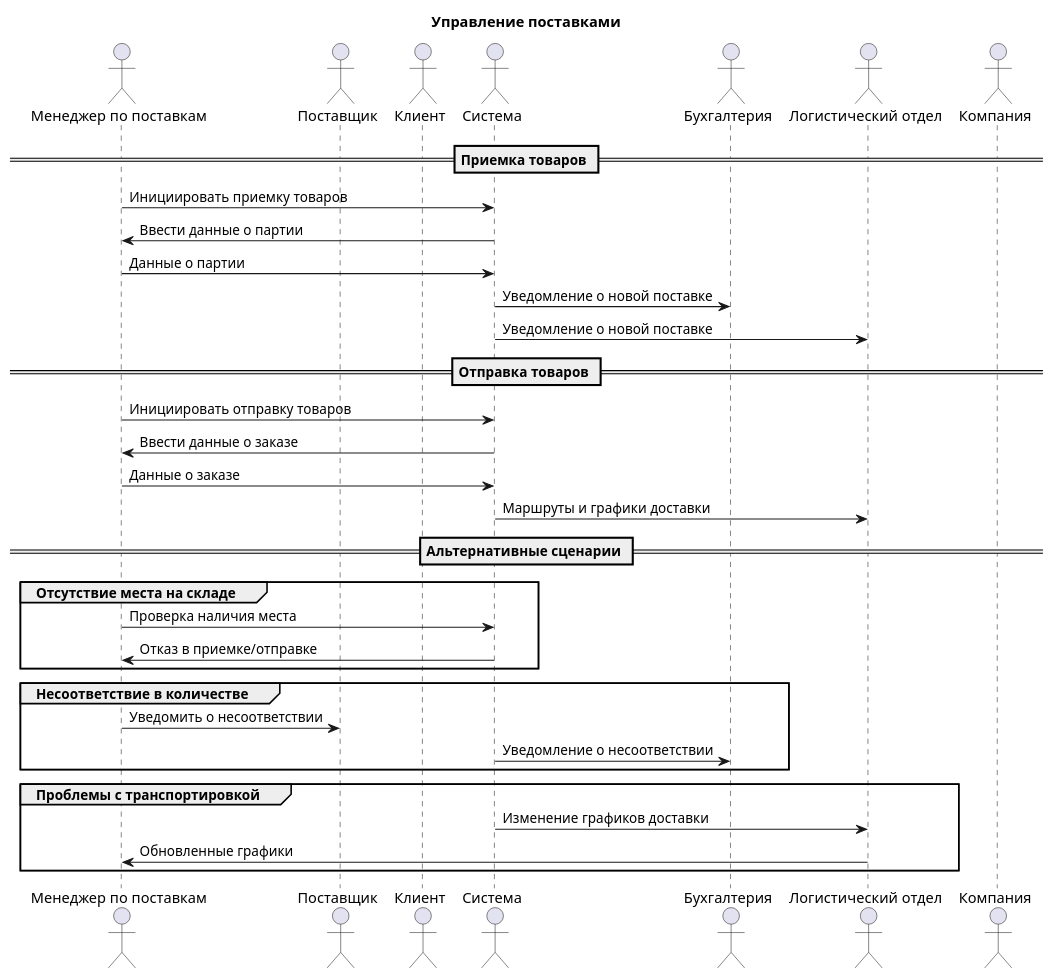
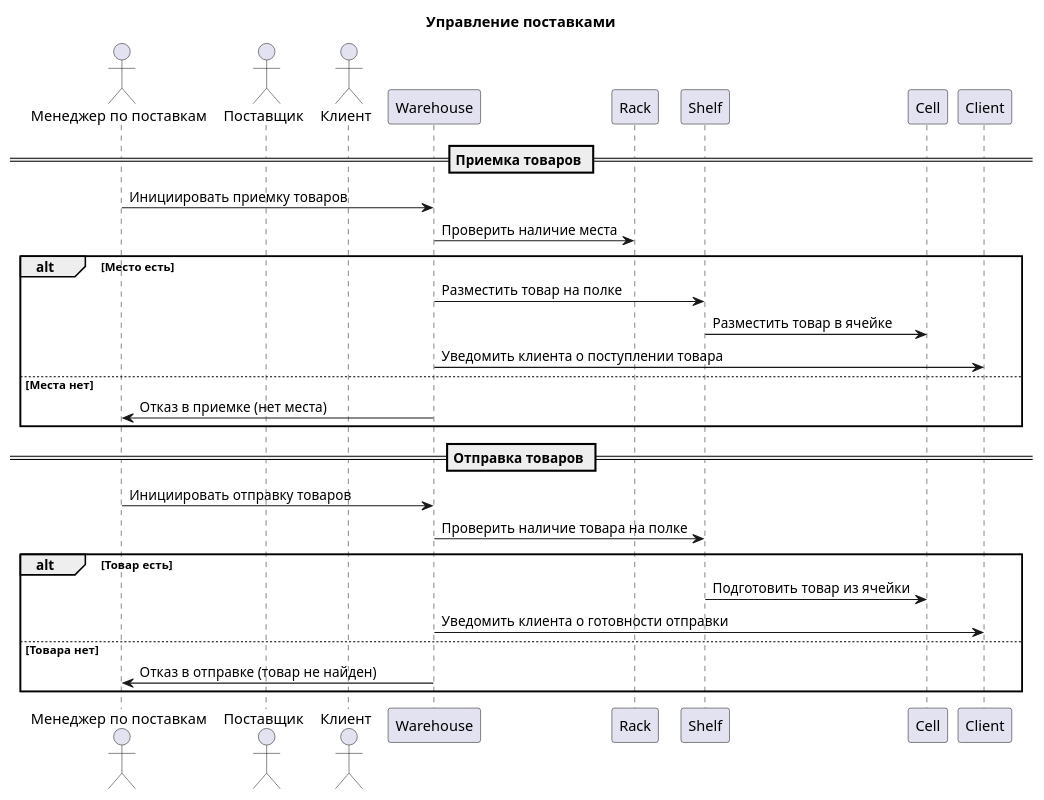
One commit to penamarth/bsbo-14-22_team5_var6 changed the diagram in Precedents/Управление поставками/Диаграмма последовательнисти и управление поставками.md. Above: the diagram before and after it, drawn with PlantUML. The commit also changed 9 other files, not shown here.

````diff
--- a/Precedents/Управление поставками/Диаграмма последовательнисти и управление поставками.md
+++ b/Precedents/Управление поставками/Диаграмма последовательнисти и управление поставками.md
@@ -1,43 +1,31 @@
 ```plantuml
 @startuml
 actor "Менеджер по поставкам" as supplyManager
 actor "Поставщик" as supplier
 actor "Клиент" as customer
-actor "Система" as system
-actor "Бухгалтерия" as accounting
-actor "Логистический отдел" as logistics
-actor "Компания" as company
 
 title Управление поставками
 
 == Приемка товаров ==
-supplyManager -> system: Инициировать приемку товаров
-system -> supplyManager: Ввести данные о партии
-supplyManager -> system: Данные о партии
-system -> accounting: Уведомление о новой поставке
-system -> logistics: Уведомление о новой поставке
+supplyManager -> Warehouse: Инициировать приемку товаров
+Warehouse -> Rack: Проверить наличие места
+alt Место есть
+    Warehouse -> Shelf: Разместить товар на полке
+    Shelf -> Cell: Разместить товар в ячейке
+    Warehouse -> Client: Уведомить клиента о поступлении товара
+else Места нет
+    Warehouse -> supplyManager: Отказ в приемке (нет места)
+end
 
 == Отправка товаров ==
-supplyManager -> system: Инициировать отправку товаров
-system -> supplyManager: Ввести данные о заказе
-supplyManager -> system: Данные о заказе
-system -> logistics: Маршруты и графики доставки
-
-== Альтернативные сценарии ==
-group Отсутствие места на складе
-    supplyManager -> system: Проверка наличия места
-    system -> supplyManager: Отказ в приемке/отправке
-end
-
-group Несоответствие в количестве
-    supplyManager -> supplier: Уведомить о несоответствии
-    system -> accounting: Уведомление о несоответствии
-end
-
-group Проблемы с транспортировкой
-    system -> logistics: Изменение графиков доставки
-    logistics -> supplyManager: Обновленные графики
+supplyManager -> Warehouse: Инициировать отправку товаров
+Warehouse -> Shelf: Проверить наличие товара на полке
+alt Товар есть
+    Shelf -> Cell: Подготовить товар из ячейки
+    Warehouse -> Client: Уведомить клиента о готовности отправки
+else Товара нет
+    Warehouse -> supplyManager: Отказ в отправке (товар не найден)
 end
 
 @enduml
 ```
````
